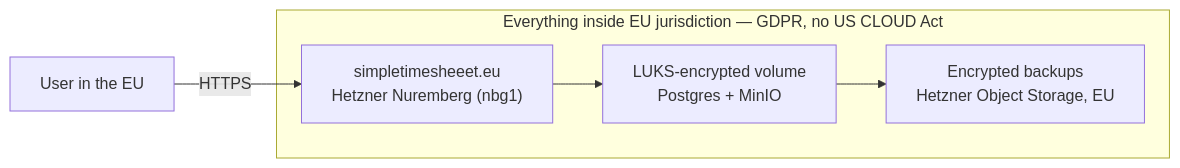
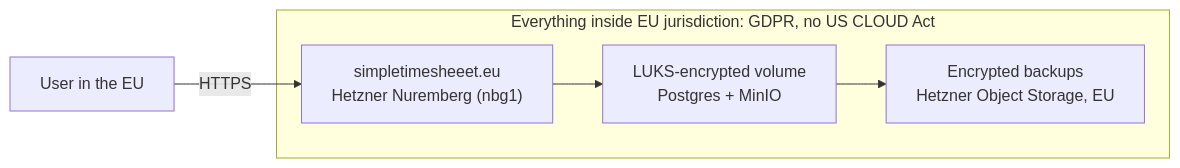
Before and after one commit to pancudaniel7/simpletimesheeet-devlog: the third of 3 diagrams in logs/04-why-hetzner-instead-of-big-clouds.md, drawn with Mermaid. The commit also changed other lines of this file and 3 other files, not shown here.

````diff
--- a/logs/04-why-hetzner-instead-of-big-clouds.md
+++ b/logs/04-why-hetzner-instead-of-big-clouds.md
@@ -117,11 +117,11 @@
 ```mermaid
 flowchart LR
     U["User in the EU"] -->|HTTPS| GW["simpletimesheeet.eu<br/>Hetzner Nuremberg (nbg1)"]
     GW --> V["LUKS-encrypted volume<br/>Postgres + MinIO"]
     V --> BK["Encrypted backups<br/>Hetzner Object Storage, EU"]
-    subgraph EU["Everything inside EU jurisdiction — GDPR, no US CLOUD Act"]
+    subgraph EU["Everything inside EU jurisdiction: GDPR, no US CLOUD Act"]
         GW
         V
         BK
     end
 ```
````
